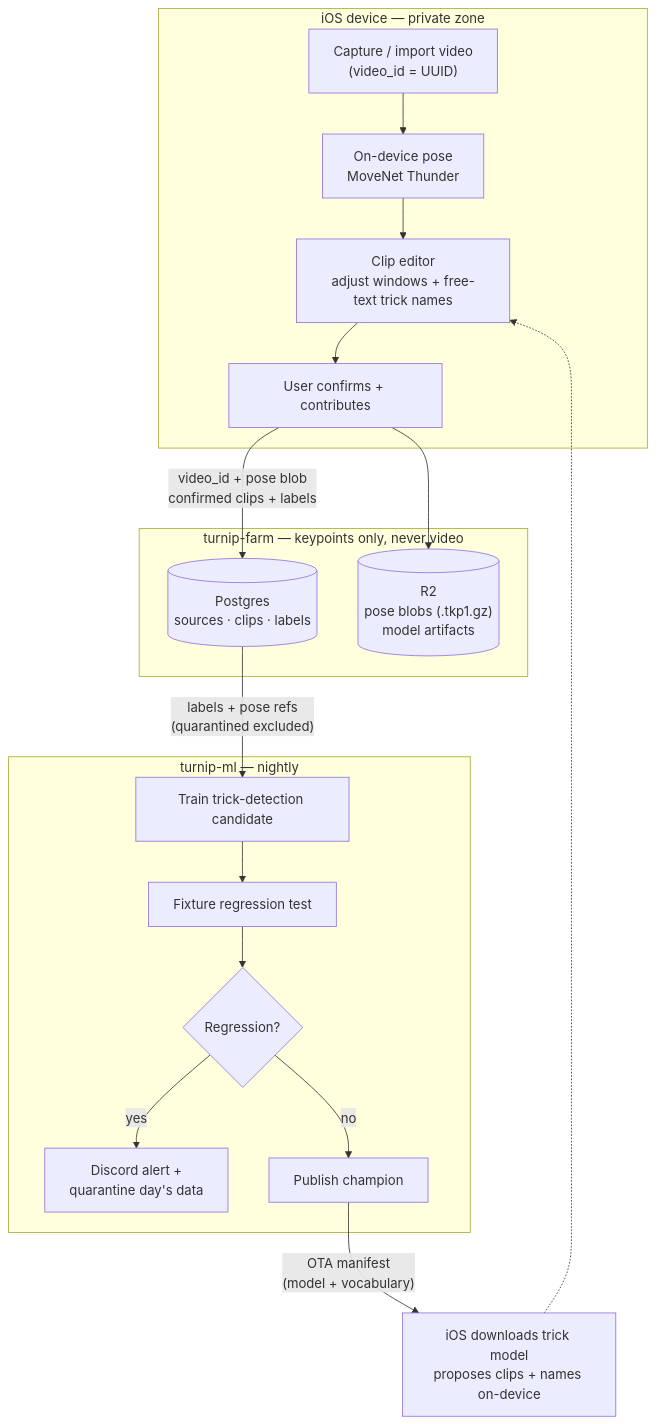
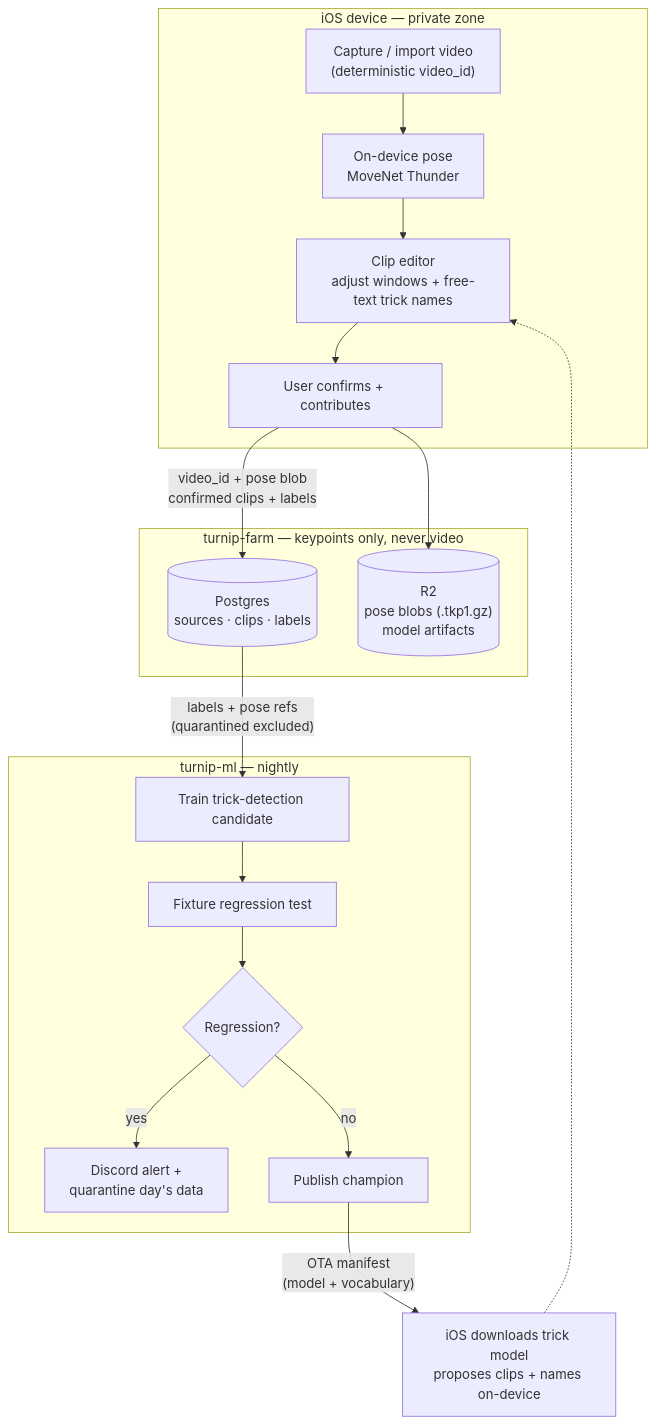
One commit to Museoie/turnip-farm changed the diagram in docs/MASTER_PLAN.md. Above: the diagram before and after it, drawn with Mermaid. The commit also changed other lines of this file, not shown here.

Commit message:
docs: master plan Rev 3 — deterministic IDs and reinstall reconciliation

````diff
--- a/docs/MASTER_PLAN.md
+++ b/docs/MASTER_PLAN.md
@@ -38,29 +37,29 @@
 ```mermaid
 flowchart TB
     subgraph Device["iOS device — private zone"]
-        A["Capture / import video<br/>(video_id = UUID)"]
+        A["Capture / import video<br/>(deterministic video_id)"]
         B["On-device pose<br/>MoveNet Thunder"]
         C["Clip editor<br/>adjust windows + free-text trick names"]
         D["User confirms + contributes"]
     end
     subgraph Farm["turnip-farm — keypoints only, never video"]
         E[("Postgres<br/>sources · clips · labels")]
         F[("R2<br/>pose blobs (.tkp1.gz)<br/>model artifacts")]
     end
     subgraph ML["turnip-ml — nightly"]
         G["Train trick-detection candidate"]
         H["Fixture regression test"]
         I{"Regression?"}
         J["Discord alert +<br/>quarantine day's data"]
         K["Publish champion"]
     end
     A --> B --> C --> D
     D -->|"video_id + pose blob<br/>confirmed clips + labels"| E
     D --> F
     E -->|"labels + pose refs<br/>(quarantined excluded)"| G
     G --> H --> I
     I -->|"yes"| J
     I -->|"no"| K
     K -->|"OTA manifest<br/>(model + vocabulary)"| L["iOS downloads trick model<br/>proposes clips + names on-device"]
     L -.-> C
 ```
````
